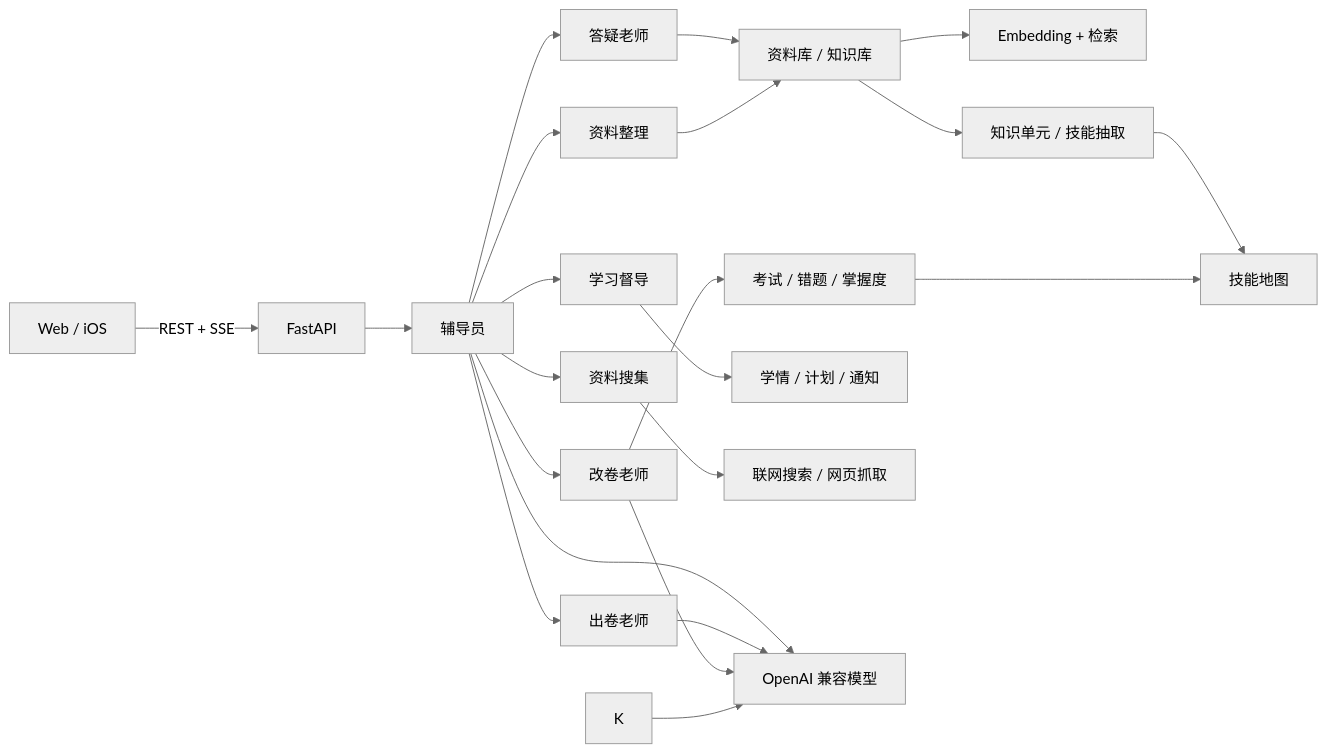
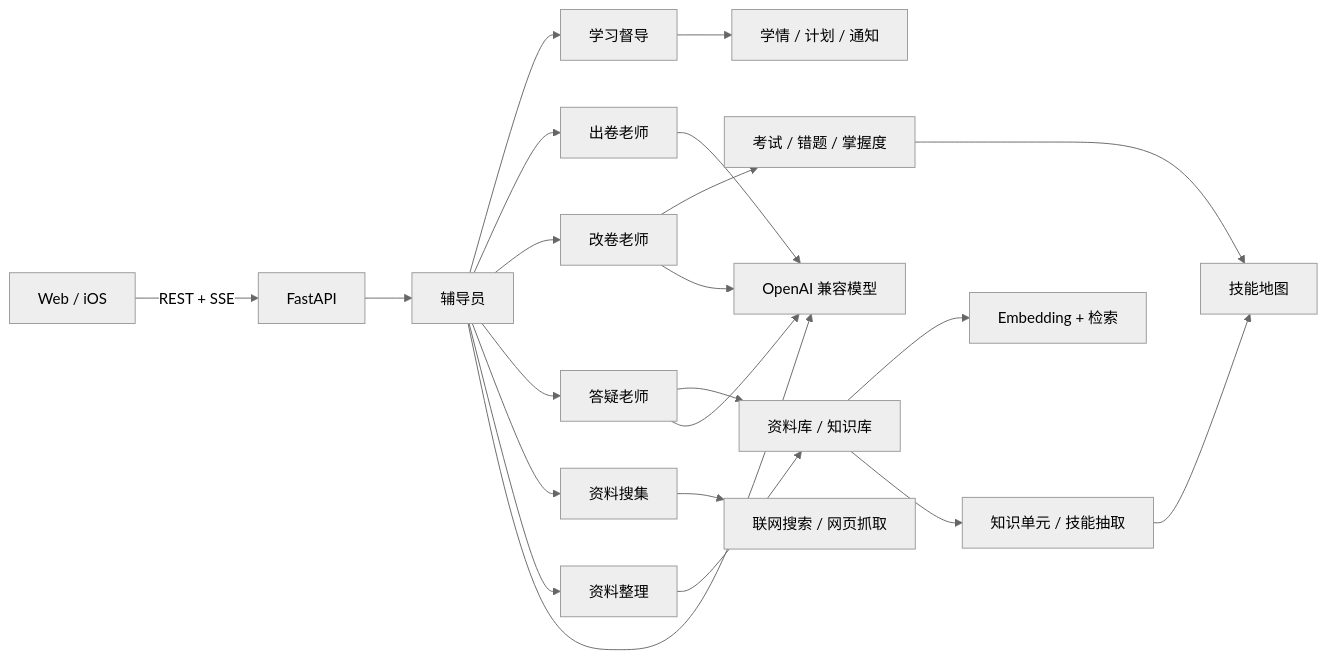
The diagram in README.md (yijiejiang/kaogong-school), drawn with Mermaid (neutral theme) before and after one commit. The commit also changed other lines of this file and 5 other files, not shown here.

First line of the commit message:
README 与架构图同步到当前实现

````diff
--- a/README.md
+++ b/README.md
@@ -176,27 +174,27 @@
 ```mermaid
 flowchart LR
     U[Web / iOS] -->|REST + SSE| API[FastAPI]
     API --> C[辅导员]
     C --> S[学习督导]
     C --> E[出卷老师]
     C --> G[改卷老师]
     C --> T[答疑老师]
     C --> R[资料搜集]
     C --> O[资料整理]
 
     T --> LIB[资料库 / 知识库]
     G --> EX[考试 / 错题 / 掌握度]
     S --> AN[学情 / 计划 / 通知]
     R --> WS[联网搜索 / 网页抓取]
     O --> LIB
 
     LIB --> EMB[Embedding + 检索]
     LIB --> EXT[知识单元 / 技能抽取]
     EXT --> SK[技能地图]
     EX --> SK
 
     C --> LLM[OpenAI 兼容模型]
     E --> LLM
     G --> LLM
-    K --> LLM
+    T --> LLM
 ```
````
